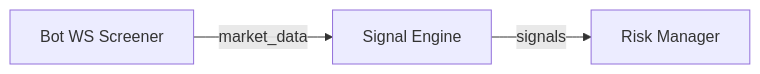
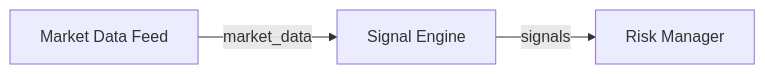
One commit to jannekbuengener/Claire_de_Binare changed the diagram in services/signal/README.md. Above: the diagram before and after it, drawn with Mermaid. The commit also changed other lines of this file and 18 other files, not shown here.

````diff
--- a/services/signal/README.md
+++ b/services/signal/README.md
@@ -16,5 +16,5 @@
 ```mermaid
 flowchart LR
-   FEED[Bot WS Screener] -->|market_data| SIGNAL[Signal Engine]
+   FEED[Market Data Feed] -->|market_data| SIGNAL[Signal Engine]
    SIGNAL -->|signals| RISK[Risk Manager]
 ```
````
